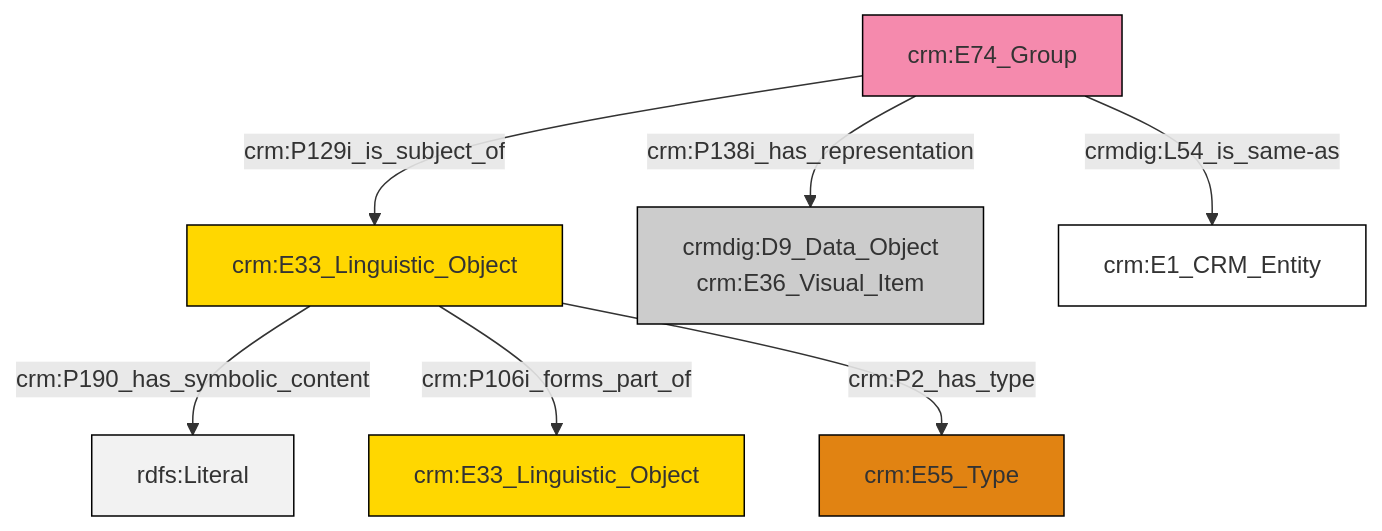
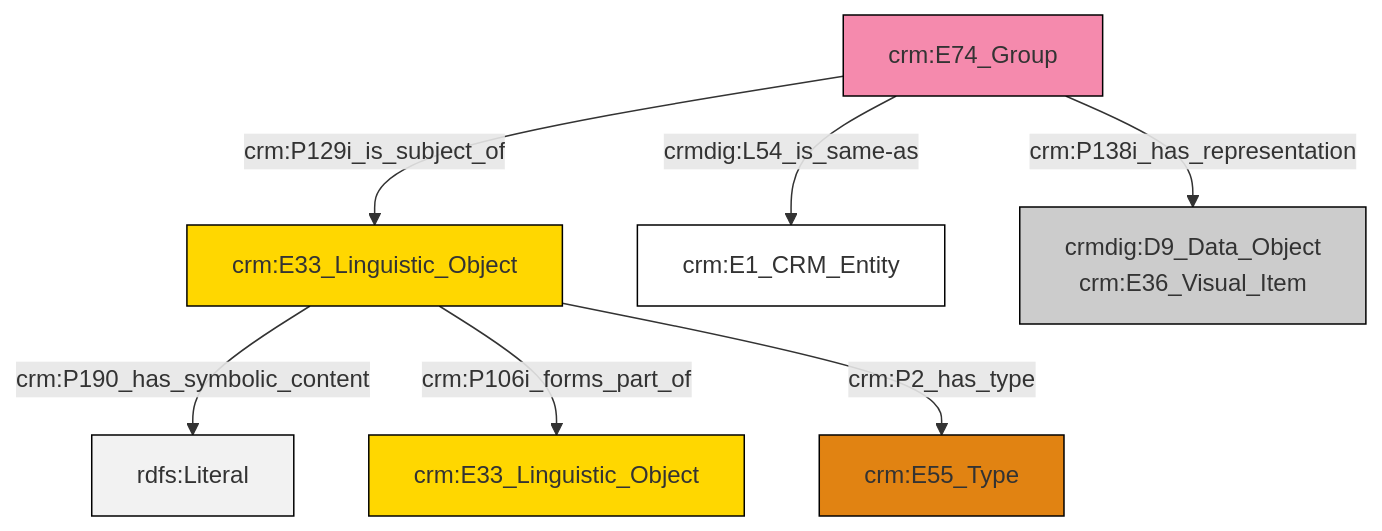
The diagram in et/groupCSV/ttl/mmd/group_documentation.ttl.mmd (swiss-art-research-net/reference-data-models), drawn with Mermaid before and after one commit. The commit also changed 127 other files, not shown here.

```diff
--- a/et/groupCSV/ttl/mmd/group_documentation.ttl.mmd
+++ b/et/groupCSV/ttl/mmd/group_documentation.ttl.mmd
@@ -1,21 +1,21 @@
 graph TD
 classDef Literal fill:#f2f2f2,stroke:#000000;
 classDef CRM_Entity fill:#FFFFFF,stroke:#000000;
 classDef Temporal_Entity fill:#00C9E6, stroke:#000000;
 classDef Type fill:#E18312, stroke:#000000;
 classDef Time-Span fill:#2C9C91, stroke:#000000;
 classDef Appellation fill:#FFEB7F, stroke:#000000;
 classDef Place fill:#008836, stroke:#000000;
 classDef Persistent_Item fill:#B266B2, stroke:#000000;
 classDef Conceptual_Object fill:#FFD700, stroke:#000000;
 classDef Physical_Thing fill:#D2B48C, stroke:#000000;
 classDef Actor fill:#f58aad, stroke:#000000;
 classDef PC_Classes fill:#4ce600, stroke:#000000;
 classDef Multi fill:#cccccc,stroke:#000000;
 
-0["crm:E33_Linguistic_Object"]:::Conceptual_Object -->|crm:P190_has_symbolic_content| 1[rdfs:Literal]:::Literal
-4["crm:E74_Group"]:::Actor -->|crm:P138i_has_representation| 5["crmdig:D9_Data_Object<br>crm:E36_Visual_Item"]:::Multi
-0["crm:E33_Linguistic_Object"]:::Conceptual_Object -->|crm:P106i_forms_part_of| 6["crm:E33_Linguistic_Object"]:::Conceptual_Object
-4["crm:E74_Group"]:::Actor -->|crmdig:L54_is_same-as| 8["crm:E1_CRM_Entity"]:::CRM_Entity
-0["crm:E33_Linguistic_Object"]:::Conceptual_Object -->|crm:P2_has_type| 2["crm:E55_Type"]:::Type
-4["crm:E74_Group"]:::Actor -->|crm:P129i_is_subject_of| 0["crm:E33_Linguistic_Object"]:::Conceptual_Object
+2["crm:E74_Group"]:::Actor -->|crm:P129i_is_subject_of| 3["crm:E33_Linguistic_Object"]:::Conceptual_Object
+2["crm:E74_Group"]:::Actor -->|crmdig:L54_is_same-as| 4["crm:E1_CRM_Entity"]:::CRM_Entity
+3["crm:E33_Linguistic_Object"]:::Conceptual_Object -->|crm:P190_has_symbolic_content| 9[rdfs:Literal]:::Literal
+3["crm:E33_Linguistic_Object"]:::Conceptual_Object -->|crm:P106i_forms_part_of| 0["crm:E33_Linguistic_Object"]:::Conceptual_Object
+3["crm:E33_Linguistic_Object"]:::Conceptual_Object -->|crm:P2_has_type| 10["crm:E55_Type"]:::Type
+2["crm:E74_Group"]:::Actor -->|crm:P138i_has_representation| 6["crmdig:D9_Data_Object<br>crm:E36_Visual_Item"]:::Multi
```
